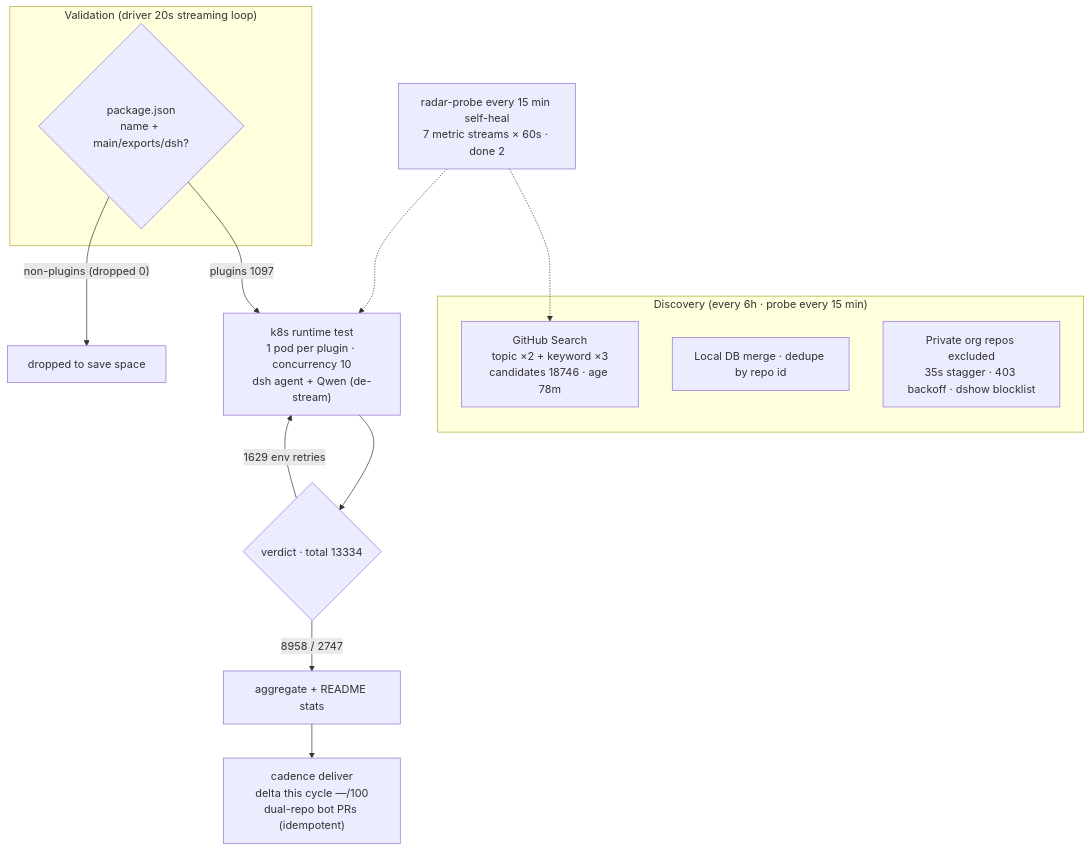
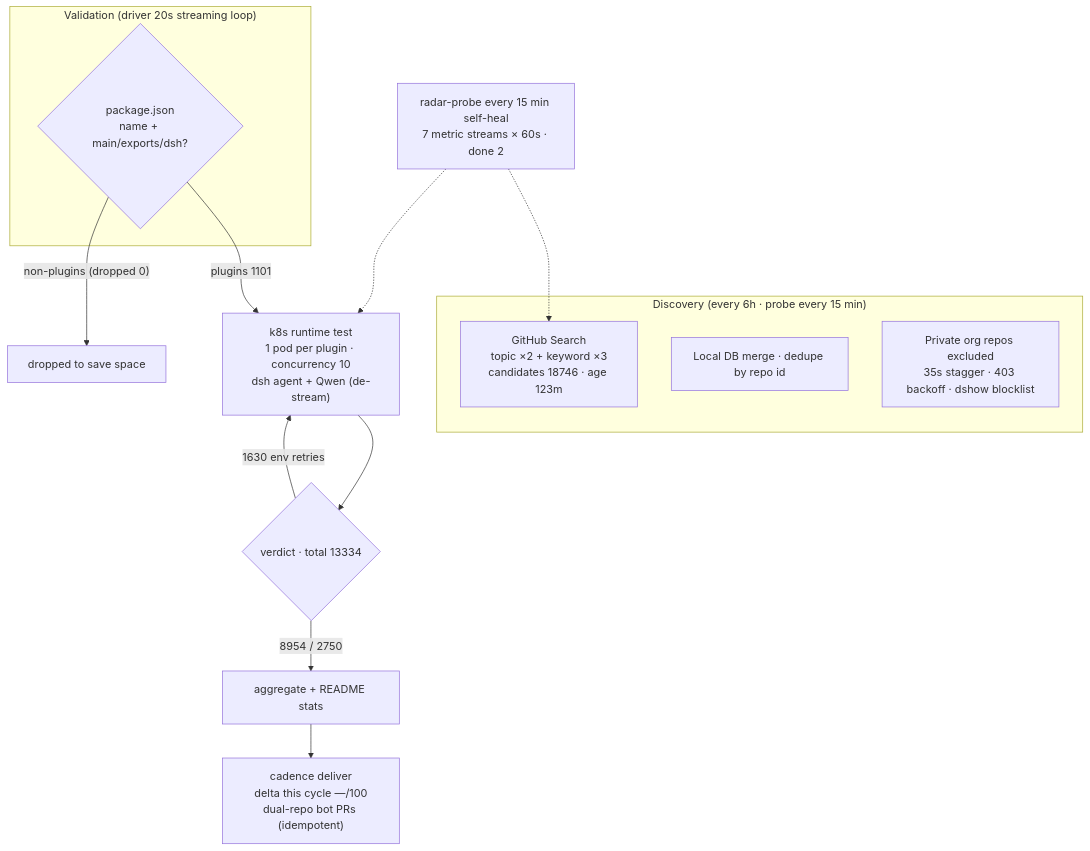
One commit to AdamPlatin123/dsh-plugin-radar changed the diagram in README.en-US.md. Above: the diagram before and after it, drawn with Mermaid. The commit also changed other lines of this file and 9 other files, not shown here.

````diff
--- a/README.en-US.md
+++ b/README.en-US.md
@@ -45,20 +45,20 @@
 ```mermaid
 flowchart TB
     subgraph Discovery["Discovery (every 6h · probe every 15 min)"]
-        A1["GitHub Search<br/>topic ×2 + keyword ×3<br/>candidates 18746 · age 78m"]
+        A1["GitHub Search<br/>topic ×2 + keyword ×3<br/>candidates 18746 · age 123m"]
         A2["Local DB merge · dedupe by repo id"]
         A3["Private org repos excluded<br/>35s stagger · 403 backoff · dshow blocklist"]
     end
     subgraph Validation["Validation (driver 20s streaming loop)"]
         B1{"package.json<br/>name + main/exports/dsh?"}
     end
-    B1 -->|"plugins 1097"| C1["k8s runtime test<br/>1 pod per plugin · concurrency 10<br/>dsh agent + Qwen (de-stream)"]
+    B1 -->|"plugins 1101"| C1["k8s runtime test<br/>1 pod per plugin · concurrency 10<br/>dsh agent + Qwen (de-stream)"]
     B1 -->|"non-plugins (dropped 0)"| B3["dropped to save space"]
     C1 --> D1{"verdict · total 13334"}
-    D1 -->|"8958 / 2747"| E1["aggregate + README stats"]
-    D1 -->|"1629 env retries"| C1
+    D1 -->|"8954 / 2750"| E1["aggregate + README stats"]
+    D1 -->|"1630 env retries"| C1
     E1 --> E2["cadence deliver<br/>delta this cycle —/100<br/>dual-repo bot PRs (idempotent)"]
     M["radar-probe every 15 min self-heal<br/>7 metric streams × 60s · done 2"]
     M -.-> A1
     M -.-> C1
 ```
````
